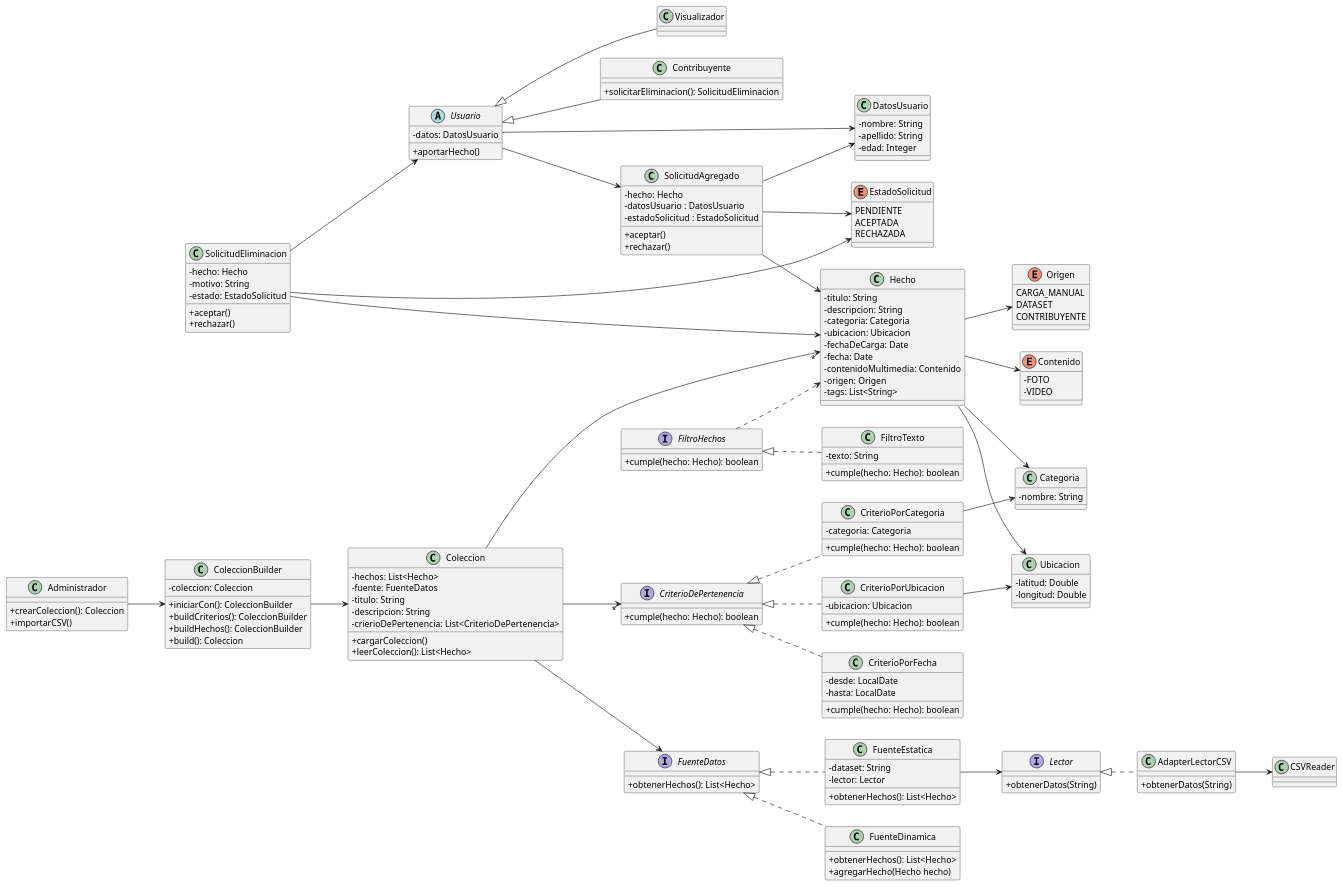
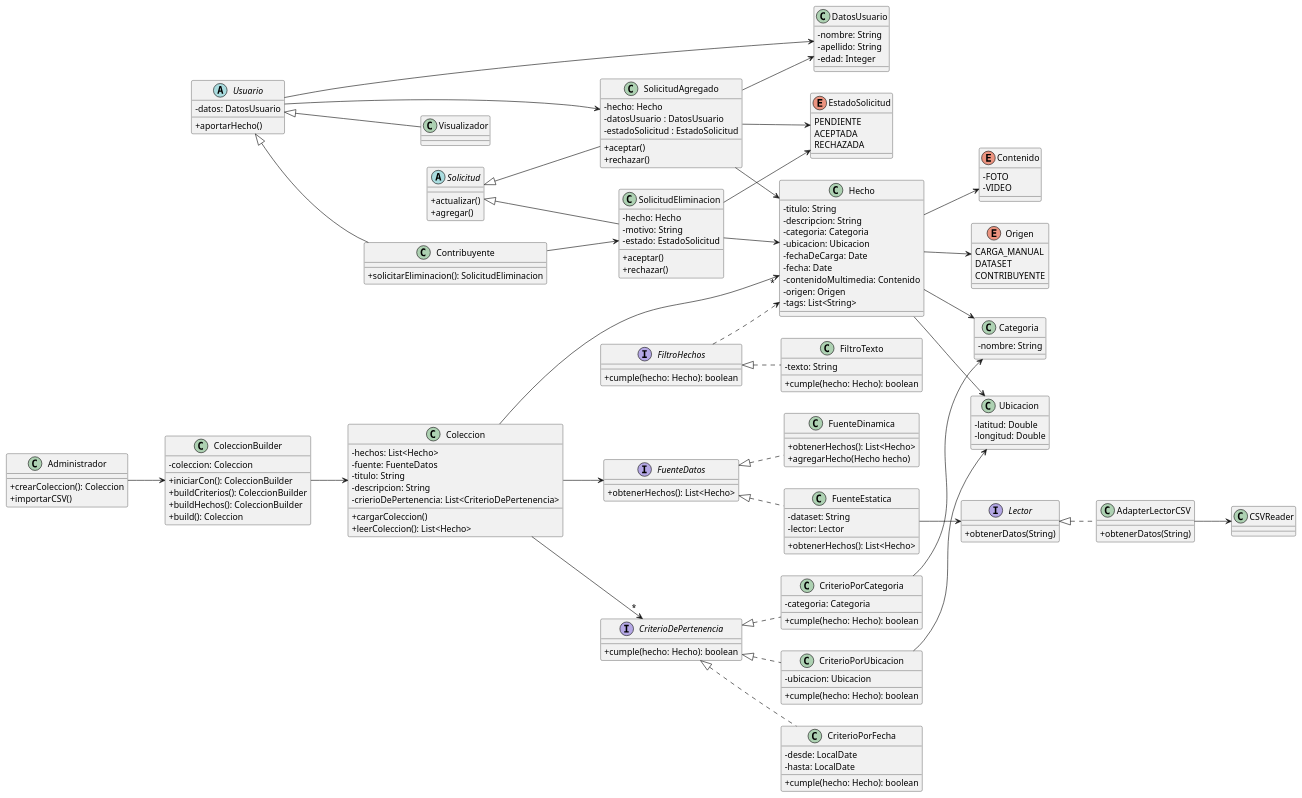
The diagram in DC_V2.puml (nicofernandez17/backend-arquitectura-limpia), drawn with PlantUML before and after one commit. The commit also changed 15 other files, not shown here.

```diff
--- a/DC_V2.puml
+++ b/DC_V2.puml
@@ -27,13 +27,19 @@
     -edad: Integer
 }
 
-SolicitudEliminacion --> Usuario
+Contribuyente --> SolicitudEliminacion
 Administrador --> ColeccionBuilder
 ColeccionBuilder --> Coleccion
 Usuario --> DatosUsuario
 
+'---------------------- Solicitudes ----------------------
+abstract class Solicitud {
+    +actualizar()
+    +agregar()
+}
+
 '---------------------- Solicitud Eliminación ----------------------
-class SolicitudEliminacion {
+class SolicitudEliminacion extends Solicitud{
     -hecho: Hecho
     -motivo: String
     -estado: EstadoSolicitud
@@ -52,7 +58,7 @@
 SolicitudEliminacion --> EstadoSolicitud
 
 '---------------------- Solicitud Agregado ----------------------
-class SolicitudAgregado {
+class SolicitudAgregado extends Solicitud{
     -hecho: Hecho
     -datosUsuario : DatosUsuario
     -estadoSolicitud : EstadoSolicitud
```
